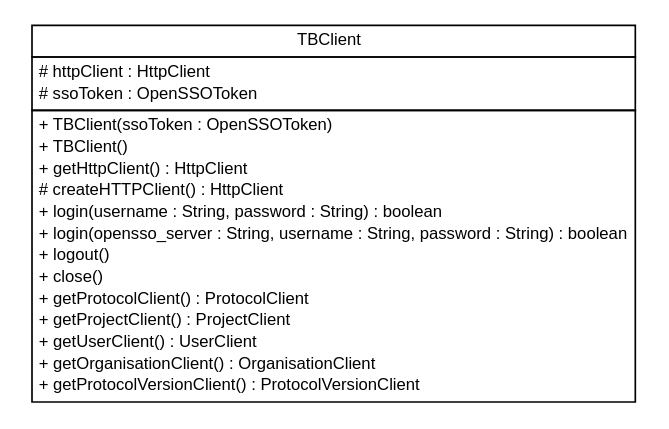
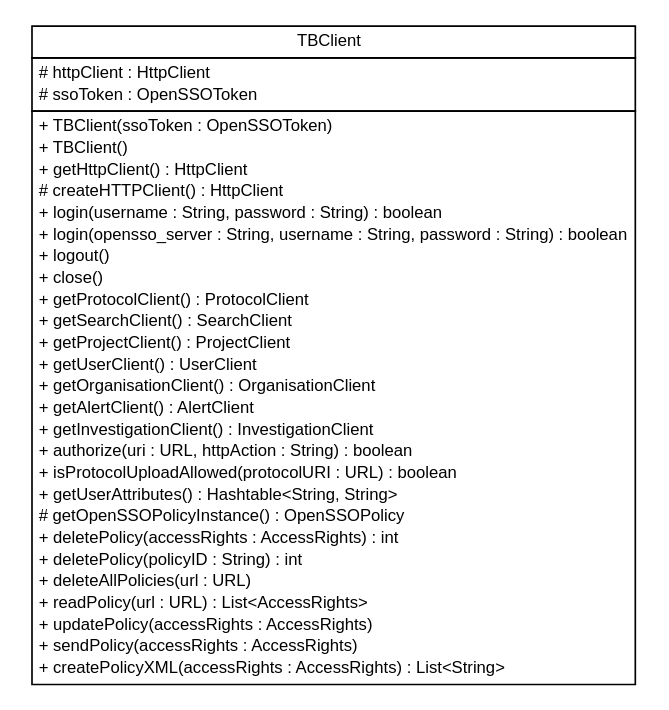
The diagram in apidocs/net/toxbank/client/net.toxbank.client.dot (ToxBank/toxbank-api-client), drawn with Graphviz before and after one commit. The commit also changed 329 other files, not shown here.

```diff
--- a/apidocs/net/toxbank/client/net.toxbank.client.dot
+++ b/apidocs/net/toxbank/client/net.toxbank.client.dot
@@ -1,35 +1,48 @@
 #!/usr/local/bin/dot
 #
 # Class diagram 
 # Generated by UmlGraph version 4.6 (http://www.spinellis.gr/sw/umlgraph)
 #
 
 digraph G {
 	edge [fontname="arial",fontsize=10,labelfontname="arial",labelfontsize=10];
 	node [fontname="arial",fontsize=10,shape=plaintext];
 	// net.toxbank.client.TBClient
-	c21 [label=<<table border="0" cellborder="1" cellspacing="0" cellpadding="2" port="p" href="./TBClient.html">
+	c22 [label=<<table border="0" cellborder="1" cellspacing="0" cellpadding="2" port="p" href="./TBClient.html">
 		<tr><td><table border="0" cellspacing="0" cellpadding="1">
 			<tr><td> TBClient </td></tr>
 		</table></td></tr>
 		<tr><td><table border="0" cellspacing="0" cellpadding="1">
 			<tr><td align="left"> # httpClient : HttpClient </td></tr>
 			<tr><td align="left"> # ssoToken : OpenSSOToken </td></tr>
 		</table></td></tr>
 		<tr><td><table border="0" cellspacing="0" cellpadding="1">
 			<tr><td align="left"> + TBClient(ssoToken : OpenSSOToken) </td></tr>
 			<tr><td align="left"> + TBClient() </td></tr>
 			<tr><td align="left"> + getHttpClient() : HttpClient </td></tr>
 			<tr><td align="left"> # createHTTPClient() : HttpClient </td></tr>
 			<tr><td align="left"> + login(username : String, password : String) : boolean </td></tr>
 			<tr><td align="left"> + login(opensso_server : String, username : String, password : String) : boolean </td></tr>
 			<tr><td align="left"> + logout() </td></tr>
 			<tr><td align="left"> + close() </td></tr>
 			<tr><td align="left"> + getProtocolClient() : ProtocolClient </td></tr>
+			<tr><td align="left"> + getSearchClient() : SearchClient </td></tr>
 			<tr><td align="left"> + getProjectClient() : ProjectClient </td></tr>
 			<tr><td align="left"> + getUserClient() : UserClient </td></tr>
 			<tr><td align="left"> + getOrganisationClient() : OrganisationClient </td></tr>
-			<tr><td align="left"> + getProtocolVersionClient() : ProtocolVersionClient </td></tr>
+			<tr><td align="left"> + getAlertClient() : AlertClient </td></tr>
+			<tr><td align="left"> + getInvestigationClient() : InvestigationClient </td></tr>
+			<tr><td align="left"> + authorize(uri : URL, httpAction : String) : boolean </td></tr>
+			<tr><td align="left"> + isProtocolUploadAllowed(protocolURI : URL) : boolean </td></tr>
+			<tr><td align="left"> + getUserAttributes() : Hashtable&lt;String, String&gt; </td></tr>
+			<tr><td align="left"> # getOpenSSOPolicyInstance() : OpenSSOPolicy </td></tr>
+			<tr><td align="left"> + deletePolicy(accessRights : AccessRights) : int </td></tr>
+			<tr><td align="left"> + deletePolicy(policyID : String) : int </td></tr>
+			<tr><td align="left"> + deleteAllPolicies(url : URL) </td></tr>
+			<tr><td align="left"> + readPolicy(url : URL) : List&lt;AccessRights&gt; </td></tr>
+			<tr><td align="left"> + updatePolicy(accessRights : AccessRights) </td></tr>
+			<tr><td align="left"> + sendPolicy(accessRights : AccessRights) </td></tr>
+			<tr><td align="left"> + createPolicyXML(accessRights : AccessRights) : List&lt;String&gt; </td></tr>
 		</table></td></tr>
 		</table>>, fontname="arial", fontcolor="black", fontsize=10.0];
 }
```
